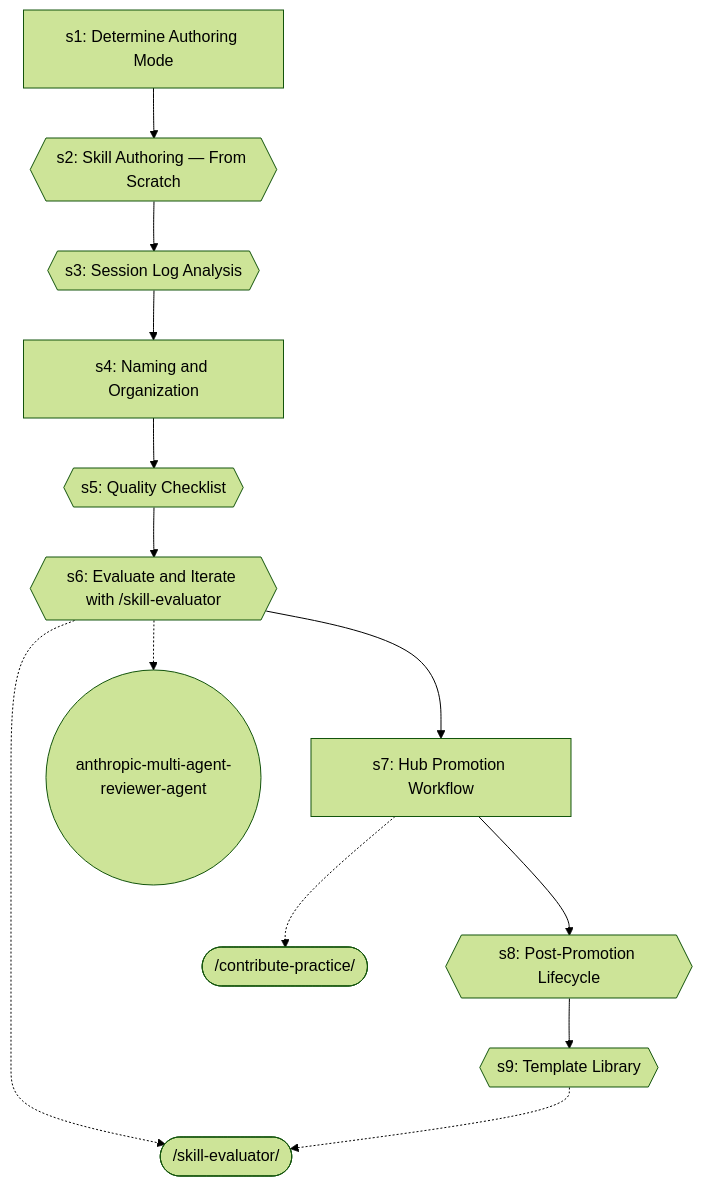
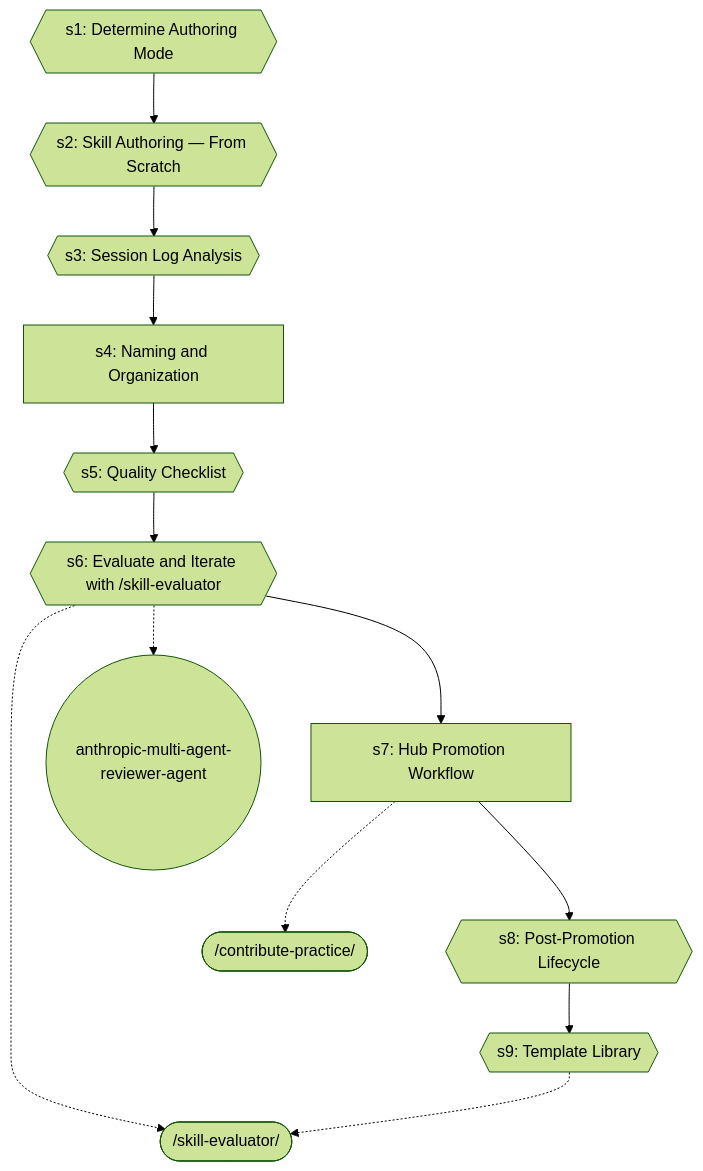
One commit to abhayla/claude-best-practices changed diagram 22 of 22 in docs/workflows/skill-authoring.md. Above: the diagram before and after it, drawn with Mermaid (forest theme). The commit also changed other lines of this file and 12 other files, not shown here.

````diff
--- a/docs/workflows/skill-authoring.md
+++ b/docs/workflows/skill-authoring.md
@@ -1110,28 +1110,28 @@
 ```mermaid
 graph TD
-    s1["s1: Determine Authoring Mode"]
+    s1{{s1: Determine Authoring Mode}}
     s2{{s2: Skill Authoring — From Scratch}}
     s1 --> s2
     s3{{s3: Session Log Analysis}}
     s2 --> s3
     s4["s4: Naming and Organization"]
     s3 --> s4
     s5{{s5: Quality Checklist}}
     s4 --> s5
     s6{{s6: Evaluate and Iterate with /skill-evaluator}}
     s5 --> s6
     skill_evaluator_ext([/skill-evaluator/])
     s6 -.-> skill_evaluator_ext
     anthropic_multi_agent_reviewer_agent_ext((anthropic-multi-agent-reviewer-agent))
     s6 -.-> anthropic_multi_agent_reviewer_agent_ext
     s7["s7: Hub Promotion Workflow"]
     s6 --> s7
     contribute_practice_ext([/contribute-practice/])
     s7 -.-> contribute_practice_ext
     s8{{s8: Post-Promotion Lifecycle}}
     s7 --> s8
     s9{{s9: Template Library}}
     s8 --> s9
     skill_evaluator_ext([/skill-evaluator/])
     s9 -.-> skill_evaluator_ext
 ```
````
